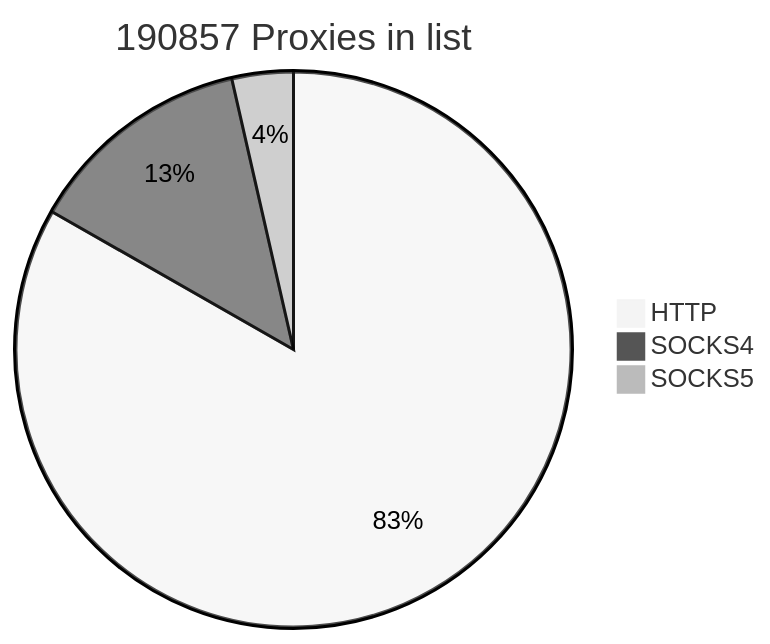
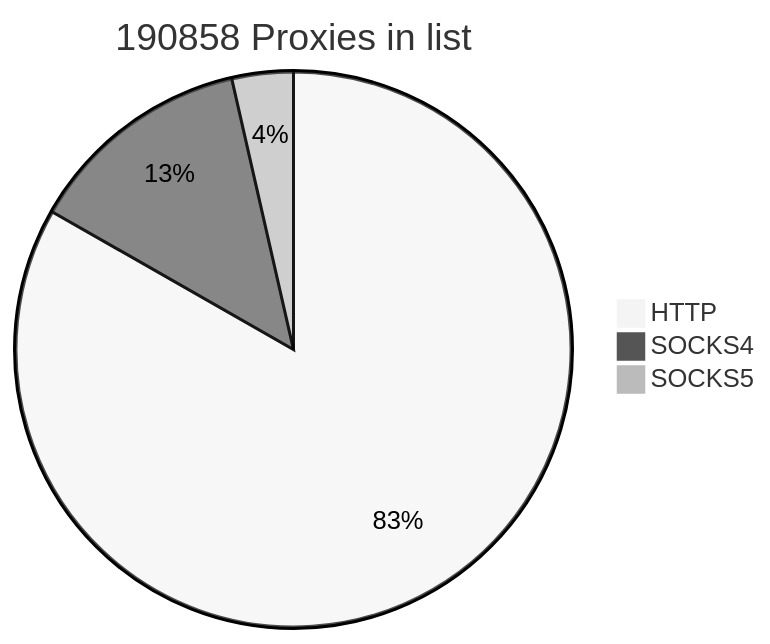
One commit to cutipu/proxylist changed the first of 2 diagrams in README.md. Above: the diagram before and after it, drawn with Mermaid (neutral theme).

````diff
--- a/README.md
+++ b/README.md
@@ -2,7 +2,7 @@
 ```mermaid
-pie title 190857 Proxies in list
+pie title 190858 Proxies in list
     "HTTP" : 158898
     "SOCKS4" : 25148
-    "SOCKS5" : 6811
+    "SOCKS5" : 6812
             
 ```
````
